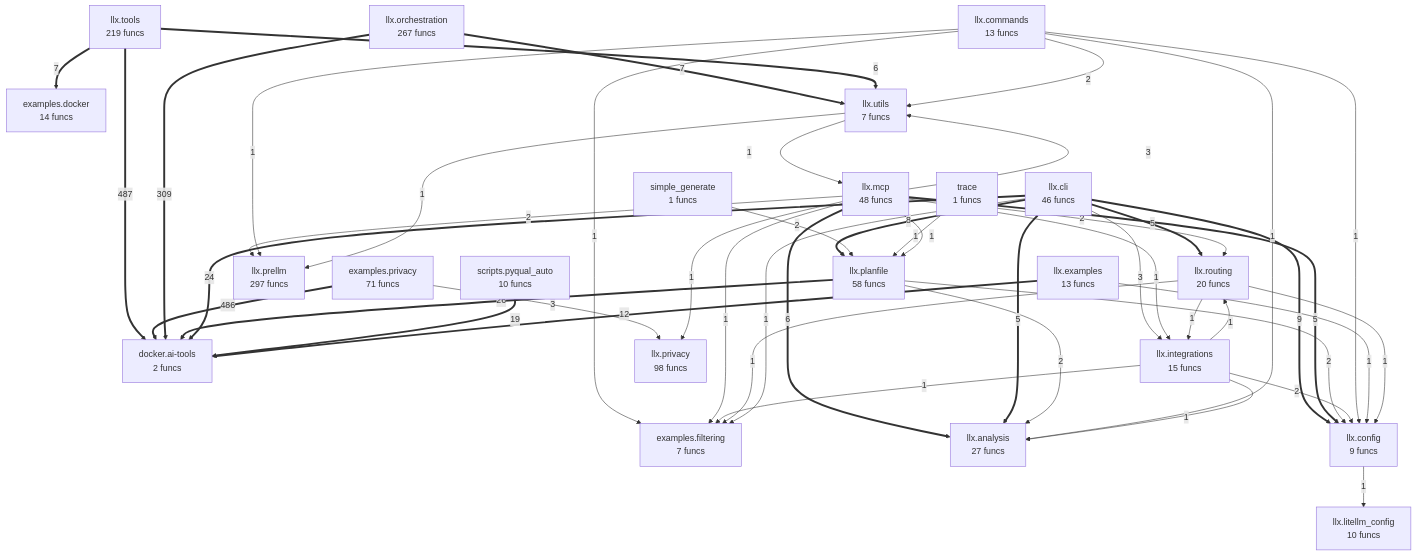
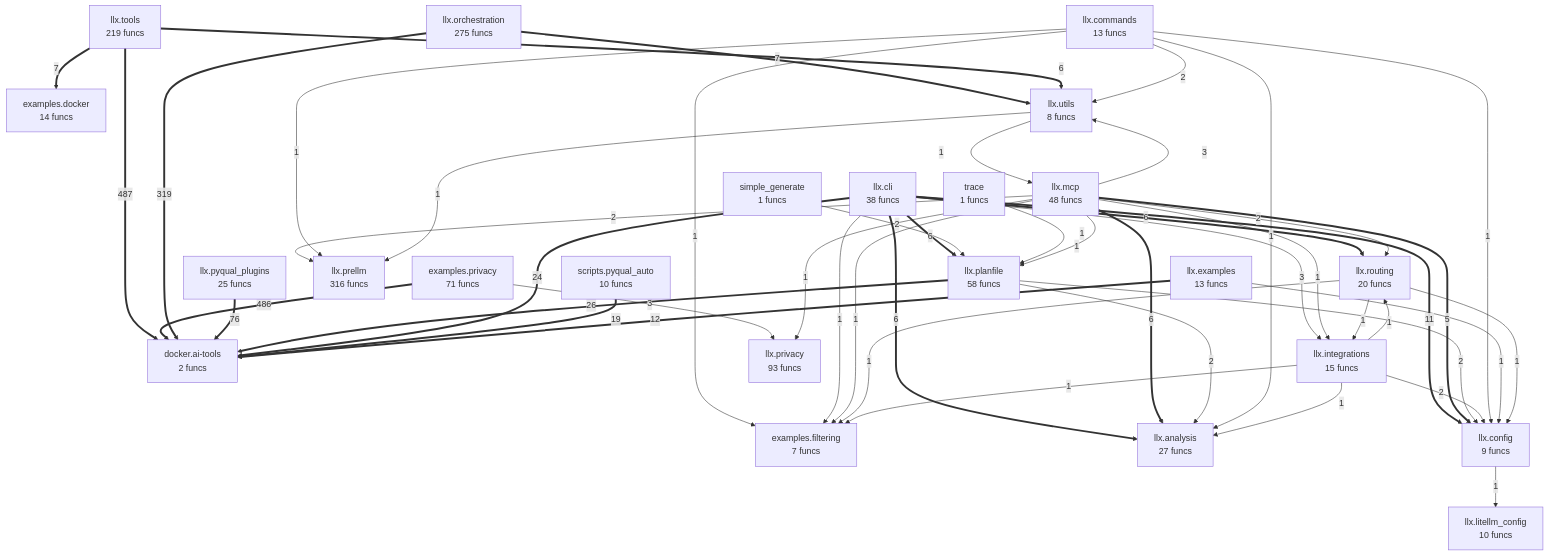
One commit to semcod/llx changed the diagram in project/compact_flow.mmd. Above: the diagram before and after it, drawn with Mermaid. The commit also changed 82 other files, not shown here.

```diff
--- a/project/compact_flow.mmd
+++ b/project/compact_flow.mmd
@@ -1,69 +1,71 @@
 flowchart TD
     docker__ai_tools["docker.ai-tools<br/>2 funcs"]
     examples__docker["examples.docker<br/>14 funcs"]
     examples__filtering["examples.filtering<br/>7 funcs"]
     examples__privacy["examples.privacy<br/>71 funcs"]
     llx__analysis["llx.analysis<br/>27 funcs"]
-    llx__cli["llx.cli<br/>46 funcs"]
+    llx__cli["llx.cli<br/>38 funcs"]
     llx__commands["llx.commands<br/>13 funcs"]
     llx__config["llx.config<br/>9 funcs"]
     llx__examples["llx.examples<br/>13 funcs"]
     llx__integrations["llx.integrations<br/>15 funcs"]
     llx__litellm_config["llx.litellm_config<br/>10 funcs"]
     llx__mcp["llx.mcp<br/>48 funcs"]
-    llx__orchestration["llx.orchestration<br/>267 funcs"]
+    llx__orchestration["llx.orchestration<br/>275 funcs"]
     llx__planfile["llx.planfile<br/>58 funcs"]
-    llx__prellm["llx.prellm<br/>297 funcs"]
-    llx__privacy["llx.privacy<br/>98 funcs"]
+    llx__prellm["llx.prellm<br/>316 funcs"]
+    llx__privacy["llx.privacy<br/>93 funcs"]
+    llx__pyqual_plugins["llx.pyqual_plugins<br/>25 funcs"]
     llx__routing["llx.routing<br/>20 funcs"]
     llx__tools["llx.tools<br/>219 funcs"]
-    llx__utils["llx.utils<br/>7 funcs"]
+    llx__utils["llx.utils<br/>8 funcs"]
     scripts__pyqual_auto["scripts.pyqual_auto<br/>10 funcs"]
     simple_generate["simple_generate<br/>1 funcs"]
     trace["trace<br/>1 funcs"]
     llx__tools ==>|487| docker__ai_tools
     examples__privacy ==>|486| docker__ai_tools
-    llx__orchestration ==>|309| docker__ai_tools
+    llx__orchestration ==>|319| docker__ai_tools
+    llx__pyqual_plugins ==>|76| docker__ai_tools
     llx__planfile ==>|26| docker__ai_tools
     llx__cli ==>|24| docker__ai_tools
     scripts__pyqual_auto ==>|19| docker__ai_tools
     llx__examples ==>|12| docker__ai_tools
-    llx__cli ==>|9| llx__config
-    llx__cli ==>|8| llx__planfile
+    llx__cli ==>|11| llx__config
     llx__tools ==>|7| examples__docker
     llx__orchestration ==>|7| llx__utils
     llx__tools ==>|6| llx__utils
+    llx__cli ==>|6| llx__analysis
+    llx__cli ==>|6| llx__planfile
+    llx__cli ==>|6| llx__routing
     llx__mcp ==>|6| llx__analysis
-    llx__cli ==>|5| llx__analysis
     llx__mcp ==>|5| llx__config
-    llx__cli ==>|5| llx__routing
     examples__privacy -->|3| llx__privacy
+    llx__cli -->|3| llx__integrations
     llx__mcp -->|3| llx__utils
-    llx__cli -->|3| llx__integrations
     simple_generate -->|2| llx__planfile
     llx__commands -->|2| llx__utils
     llx__planfile -->|2| llx__config
     llx__planfile -->|2| llx__analysis
     llx__mcp -->|2| llx__routing
     llx__mcp -->|2| llx__prellm
     llx__integrations -->|2| llx__config
     trace -->|1| llx__planfile
     llx__config -->|1| llx__litellm_config
     llx__commands -->|1| llx__analysis
     llx__commands -->|1| llx__config
     llx__commands -->|1| llx__prellm
     llx__commands -->|1| examples__filtering
     llx__examples -->|1| llx__config
+    llx__cli -->|1| examples__filtering
     llx__utils -->|1| llx__mcp
     llx__utils -->|1| llx__prellm
     llx__mcp -->|1| examples__filtering
     llx__mcp -->|1| llx__integrations
     llx__mcp -->|1| llx__planfile
     llx__mcp -->|1| llx__privacy
+    llx__routing -->|1| llx__config
+    llx__routing -->|1| examples__filtering
+    llx__routing -->|1| llx__integrations
     llx__integrations -->|1| examples__filtering
     llx__integrations -->|1| llx__analysis
     llx__integrations -->|1| llx__routing
-    llx__routing -->|1| llx__config
-    llx__routing -->|1| examples__filtering
-    llx__routing -->|1| llx__integrations
-    llx__cli -->|1| examples__filtering
```
